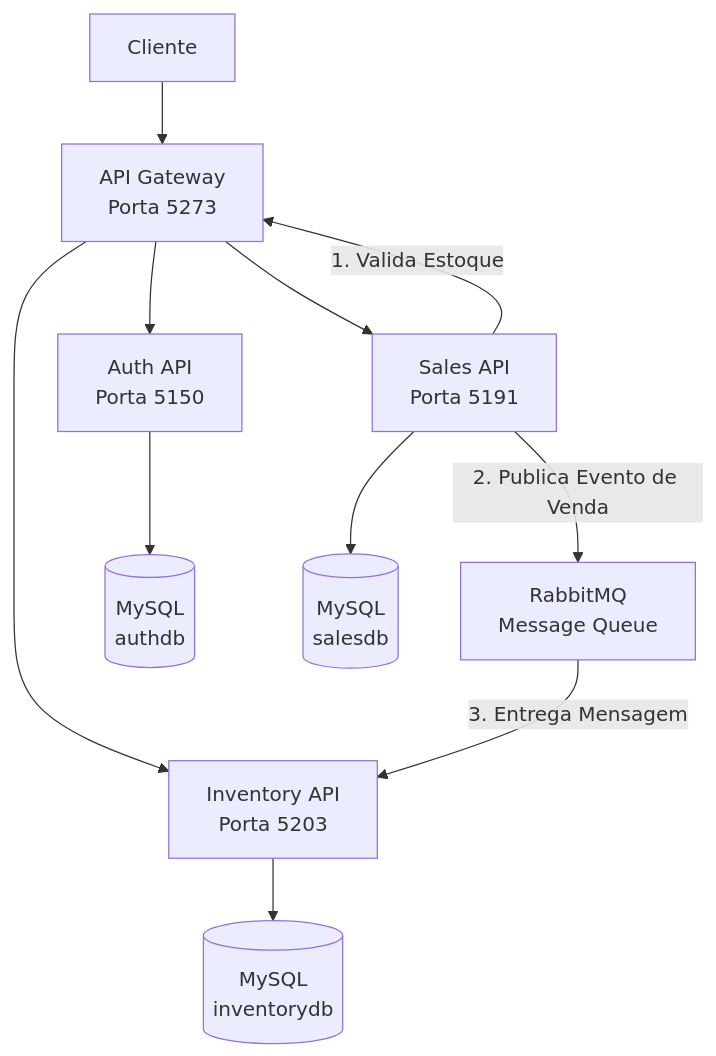
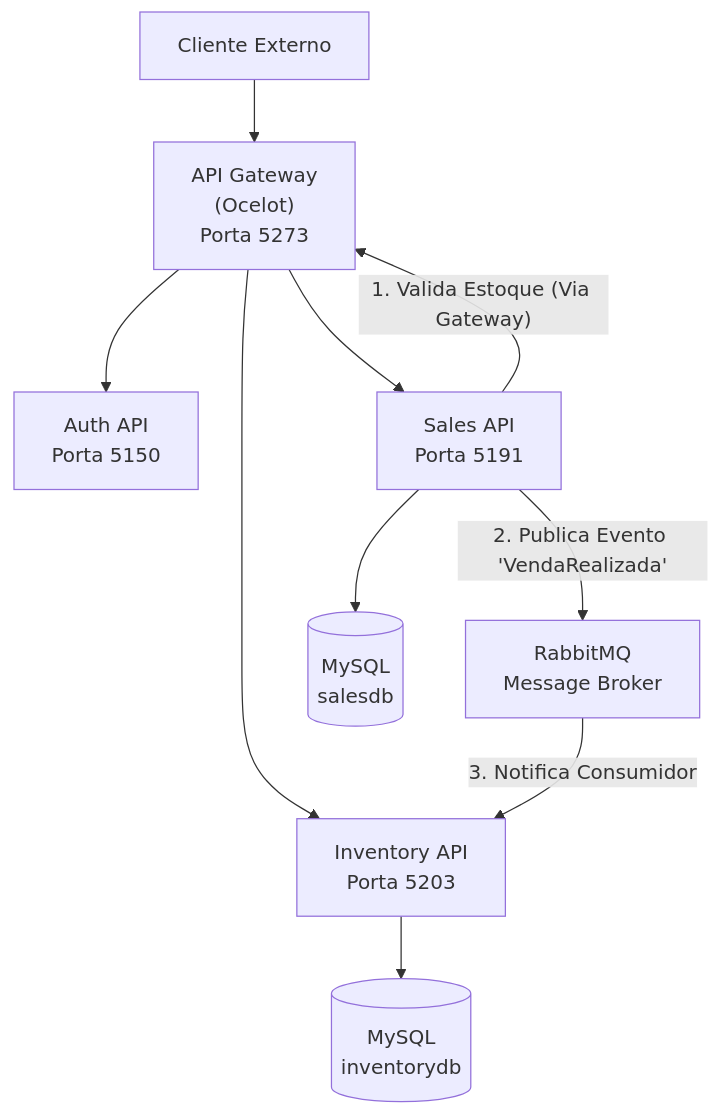
Before and after one commit to brunocaoliveira/Ecommerce.Microservices: the diagram in README.md, drawn with Mermaid. The commit also changed other lines of this file, not shown here.

````diff
--- a/README.md
+++ b/README.md
@@ -36,19 +36,18 @@
 ```mermaid
 graph TB
-    Client[Cliente] --> Gateway[API Gateway<br/>Porta 5273]
+    Client[Cliente Externo] --> Gateway["API Gateway<br>(Ocelot)<br>Porta 5273"]
     
-    Gateway --> Auth[Auth API<br/>Porta 5150]
-    Gateway --> Inventory[Inventory API<br/>Porta 5203]
-    Gateway --> Sales[Sales API<br/>Porta 5191]
+    Gateway --> Auth["Auth API<br>Porta 5150"]
+    Gateway --> Inventory["Inventory API<br>Porta 5203"]
+    Gateway --> Sales["Sales API<br>Porta 5191"]
 
     %% Comunicação Síncrona para validar estoque
-    Sales -- "1. Valida Estoque" --> Gateway
+    Sales -- "1. Valida Estoque (Via Gateway)" --> Gateway
     
     %% Comunicação Assíncrona para dar baixa no estoque
-    Sales -- "2. Publica Evento de Venda" --> RabbitMQ[RabbitMQ<br/>Message Queue]
-    RabbitMQ -- "3. Entrega Mensagem" --> Inventory
+    Sales -- "2. Publica Evento 'VendaRealizada'" --> RabbitMQ["RabbitMQ<br>Message Broker"]
+    RabbitMQ -- "3. Notifica Consumidor" --> Inventory
     
-    Auth --> MySQL_Auth[(MySQL<br/>authdb)]
-    Inventory --> MySQL_Inventory[(MySQL<br/>inventorydb)]
-    Sales --> MySQL_Sales[(MySQL<br/>salesdb)]
+    Inventory --> MySQL_Inventory[("MySQL<br>inventorydb")]
+    Sales --> MySQL_Sales[("MySQL<br>salesdb")]
 ```
````
